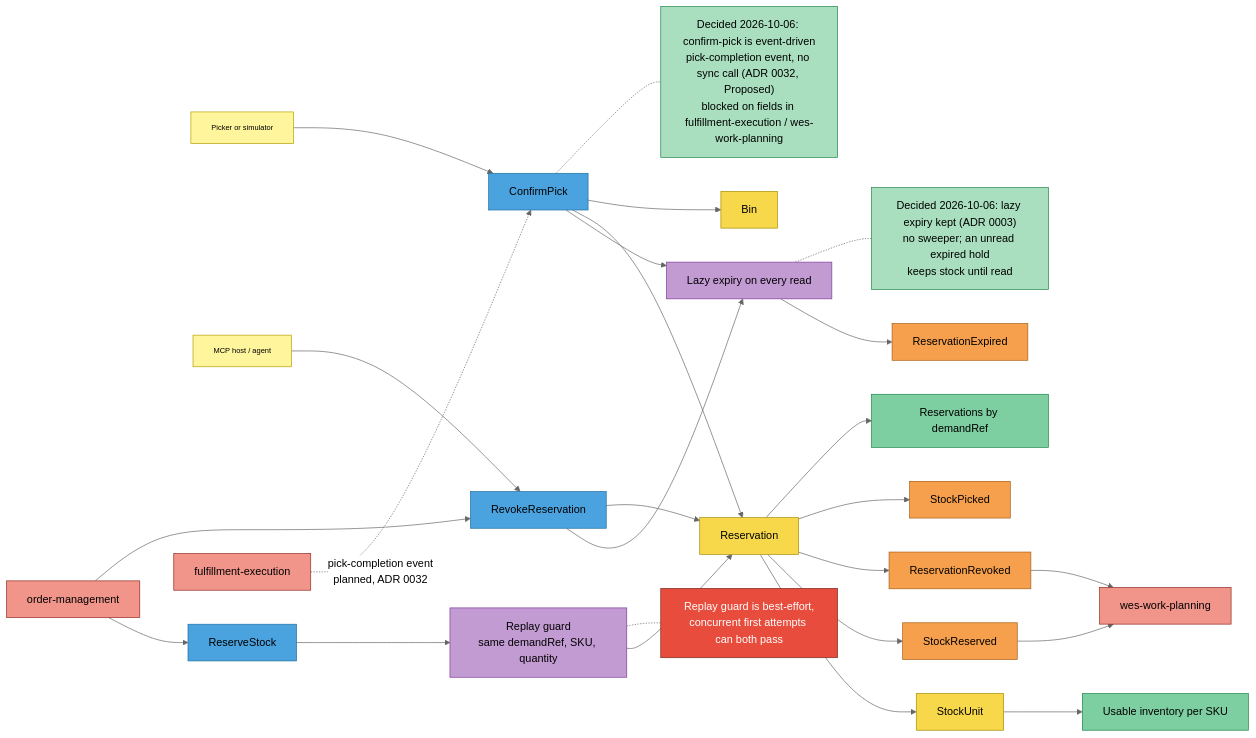
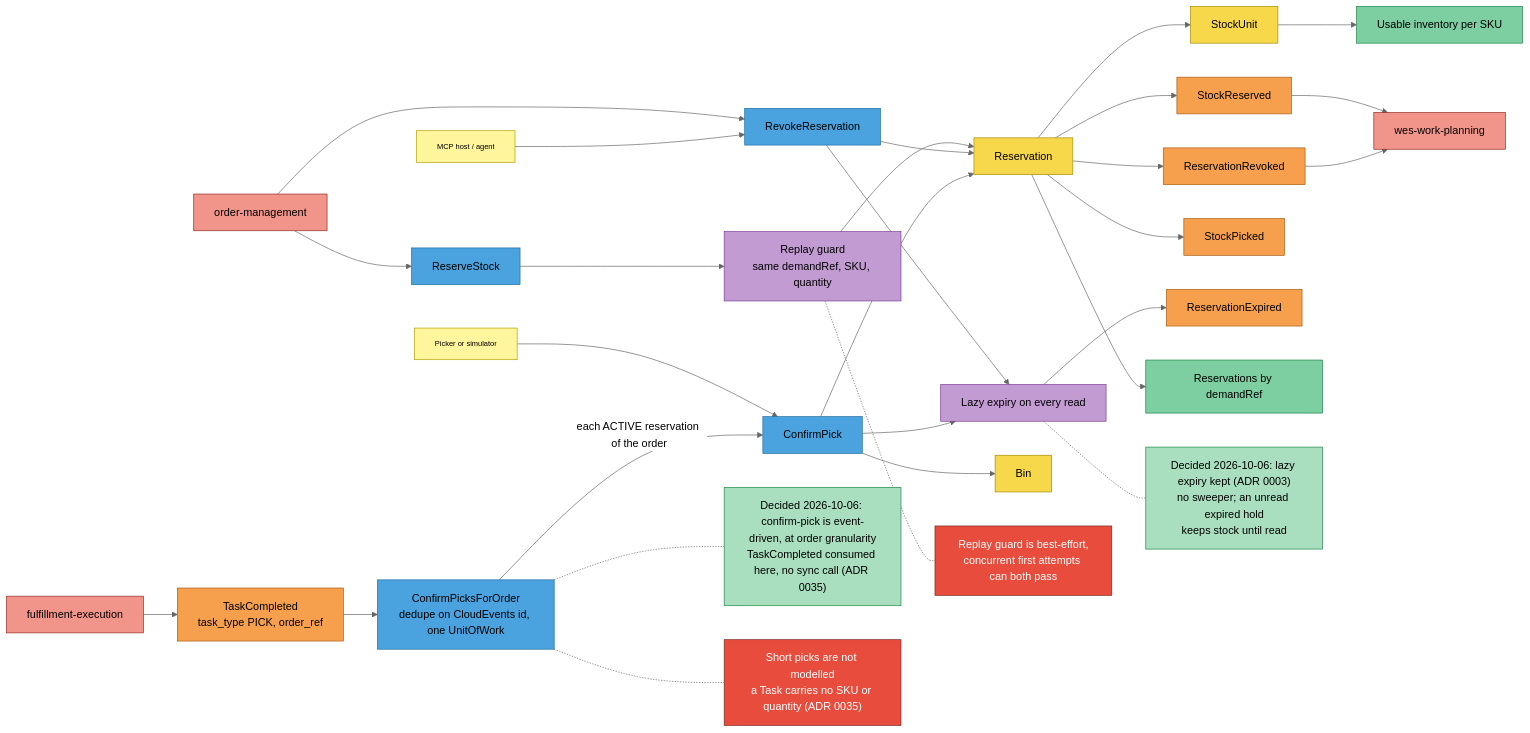
One commit to IQVO/inventory-storage changed the third of 4 diagrams in docs/docs/ddd/eventstorming.md. Above: the diagram before and after it, drawn with Mermaid (neutral theme). The commit also changed other lines of this file and 9 other files, not shown here.

First line of the commit message:
docs(ddd): confirm-pick resolved - event-driven from TaskCompleted (ADR 0035)

````diff
--- a/docs/docs/ddd/eventstorming.md
+++ b/docs/docs/ddd/eventstorming.md
@@ -100,55 +100,60 @@
 ```mermaid
 flowchart LR
     OM["order-management"]:::external
     PK["Picker or simulator"]:::actor
     AG["MCP host / agent"]:::actor
     RSV["ReserveStock"]:::command
     RG["Replay guard<br/>same demandRef, SKU, quantity"]:::policy
     LE["Lazy expiry on every read"]:::policy
     RES["Reservation"]:::aggregate
     SU["StockUnit"]:::aggregate
     BIN["Bin"]:::aggregate
     SR["StockReserved"]:::event
     REV["RevokeReservation"]:::command
     RR["ReservationRevoked"]:::event
     CPK["ConfirmPick"]:::command
     SP["StockPicked"]:::event
     RE["ReservationExpired"]:::event
     WP["wes-work-planning"]:::external
     UI["Usable inventory per SKU"]:::readmodel
     RBD["Reservations by demandRef"]:::readmodel
     FE["fulfillment-execution"]:::external
+    TCE["TaskCompleted<br/>task_type PICK, order_ref"]:::event
+    CPO["ConfirmPicksForOrder<br/>dedupe on CloudEvents id, one UnitOfWork"]:::command
     H5["Decided 2026-10-06: lazy expiry kept (ADR 0003)<br/>no sweeper; an unread expired hold<br/>keeps stock until read"]:::decided
     H6["Replay guard is best-effort,<br/>concurrent first attempts can both pass"]:::hotspot
-    H7["Decided 2026-10-06: confirm-pick is event-driven<br/>pick-completion event, no sync call (ADR 0032, Proposed)<br/>blocked on fields in fulfillment-execution / wes-work-planning"]:::decided
+    H7["Decided 2026-10-06: confirm-pick is event-driven, at order granularity<br/>TaskCompleted consumed here, no sync call (ADR 0035)"]:::decided
+    H9["Short picks are not modelled<br/>a Task carries no SKU or quantity (ADR 0035)"]:::hotspot
 
     OM --> RSV --> RG --> RES
     RES --> SU
     RES --> SR --> WP
     OM --> REV
     AG --> REV
     REV --> LE
     REV --> RES
     RES --> RR --> WP
     PK --> CPK --> LE
-    FE -.->|"pick-completion event<br/>planned, ADR 0032"| CPK
+    FE --> TCE --> CPO
+    CPO -->|"each ACTIVE reservation of the order"| CPK
     CPK --> RES
     CPK --> BIN
     RES --> SP
     LE --> RE
     SU --> UI
     RES --> RBD
     LE -.- H5
     RG -.- H6
-    CPK -.- H7
+    CPO -.- H7
+    CPO -.- H9
 
     classDef actor fill:#fff59d,stroke:#b59f00,color:#000,font-size:11px
     classDef command fill:#4aa3df,stroke:#1f6f9f,color:#000
     classDef aggregate fill:#f7d84a,stroke:#a68b00,color:#000
     classDef event fill:#f6a04d,stroke:#a85d14,color:#000
     classDef policy fill:#c39bd3,stroke:#7d3c98,color:#000
     classDef readmodel fill:#7dcea0,stroke:#1e8449,color:#000
     classDef external fill:#f1948a,stroke:#922b21,color:#000
     classDef hotspot fill:#e74c3c,stroke:#78281f,color:#fff
     classDef decided fill:#a9dfbf,stroke:#1e8449,color:#000
 ```
````
